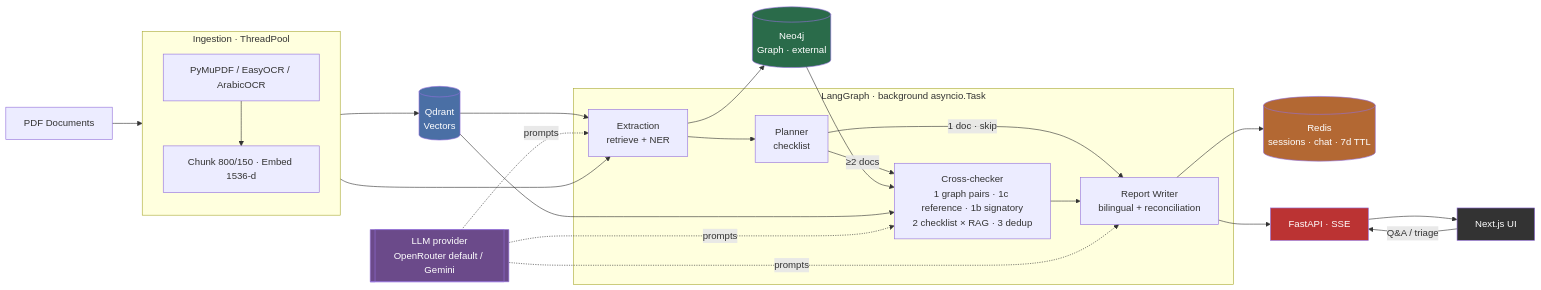
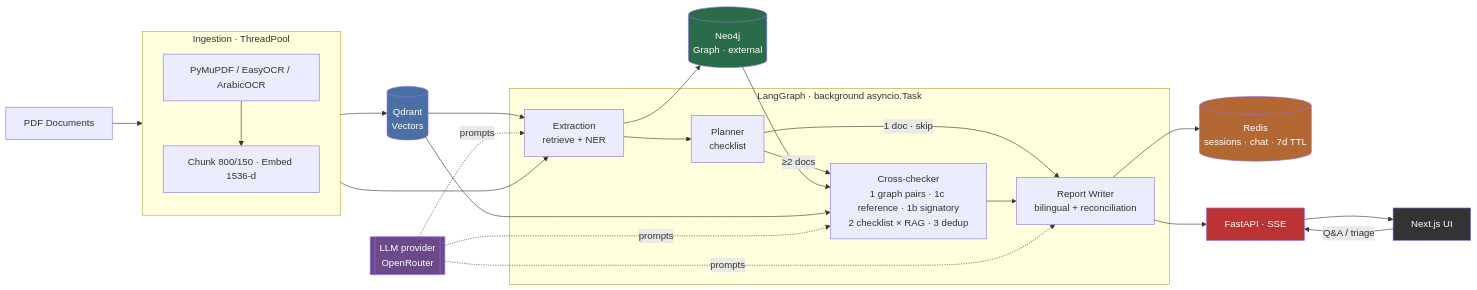
Before and after one commit to Mostafa-Emad77/AuditMind: the diagram in README.md, drawn with Mermaid. The commit also changed other lines of this file and 4 other files, not shown here.

Commit message:
refactor: streamline LLM provider configuration and remove Google AI Studio references

````diff
--- a/README.md
+++ b/README.md
@@ -30,39 +30,39 @@
 ```mermaid
 flowchart LR
     PDFs[PDF Documents] --> Ingestion
 
     subgraph Ingestion[Ingestion · ThreadPool]
         OCR[PyMuPDF / EasyOCR / ArabicOCR] --> ChunkEmbed[Chunk 800/150 · Embed 1536-d]
     end
 
     Ingestion --> Qdrant[(Qdrant\nVectors)]
     Ingestion --> Extraction
 
     subgraph Pipeline[LangGraph · background asyncio.Task]
         Extraction[Extraction\nretrieve + NER] --> Planner[Planner\nchecklist]
         Planner -->|≥2 docs| CrossChecker[Cross-checker\n1 graph pairs · 1c reference · 1b signatory\n2 checklist × RAG · 3 dedup]
         Planner -->|1 doc · skip| ReportWriter[Report Writer\nbilingual + reconciliation]
         CrossChecker --> ReportWriter
     end
 
     Qdrant --> Extraction
     Extraction --> Neo4j[(Neo4j\nGraph · external)]
     Neo4j --> CrossChecker
     Qdrant --> CrossChecker
 
     ReportWriter --> Redis[(Redis\nsessions · chat · 7d TTL)]
     ReportWriter --> FastAPI[FastAPI · SSE]
     FastAPI --> NextUI[Next.js UI]
     NextUI -->|Q&A / triage| FastAPI
 
-    LLM[[LLM provider\nOpenRouter default / Gemini]] -. prompts .-> Extraction
+    LLM[[LLM provider\nOpenRouter]] -. prompts .-> Extraction
     LLM -. prompts .-> CrossChecker
     LLM -. prompts .-> ReportWriter
 
     style Qdrant fill:#4a6fa5,color:#fff
     style Neo4j fill:#2a6b4a,color:#fff
     style Redis fill:#b36833,color:#fff
     style LLM fill:#6b4a8a,color:#fff
     style FastAPI fill:#b33,color:#fff
     style NextUI fill:#333,color:#fff
 ```
````
